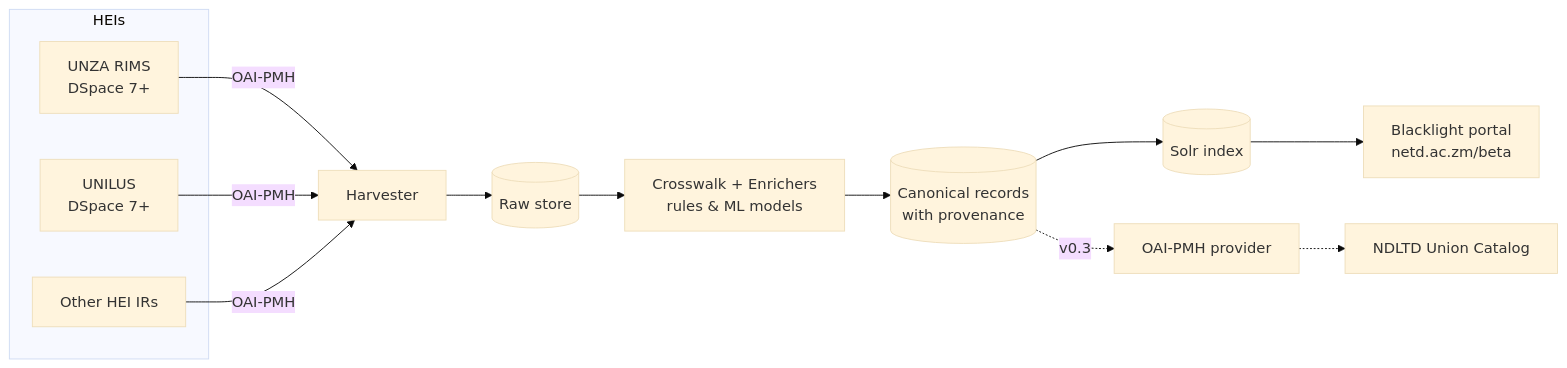
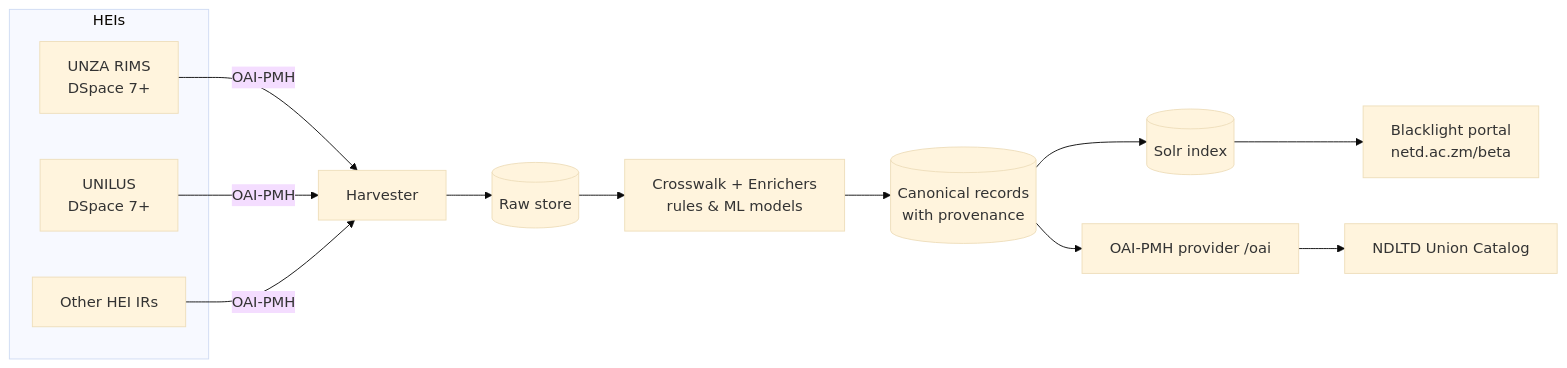
The diagram in docs/SRS.md (lightonphiri/code-datalab26-netd_aggregator), drawn with Mermaid (base theme) before and after one commit. The commit also changed other lines of this file and 4 other files, not shown here.

Commit message:
Docs: SRS v0.20 (EI-4 priority M, met), SDD v0.18 (section 5.1 OAI-PMH data provider), OPERATIONS.md; Developer Resources: OAI-PMH live; tests/oai_conformance.py

````diff
--- a/docs/SRS.md
+++ b/docs/SRS.md
@@ -89,13 +90,13 @@
 ```mermaid
 flowchart LR
   subgraph HEIs
     A[UNZA RIMS<br/>DSpace 7+] ; B[UNILUS<br/>DSpace 7+] ; C[Other HEI IRs]
   end
   A & B & C -- OAI-PMH --> H[Harvester]
   H --> R[(Raw store)]
   R --> P[Crosswalk + Enrichers<br/>rules & ML models]
   P --> K[(Canonical records<br/>with provenance)]
   K --> S[(Solr index)]
   S --> U[Blacklight portal<br/>netd.ac.zm/beta]
-  K -.->|v0.3| O[OAI-PMH provider] -.-> N[NDLTD Union Catalog]
+  K --> O[OAI-PMH provider /oai] --> N[NDLTD Union Catalog]
 ```
````
